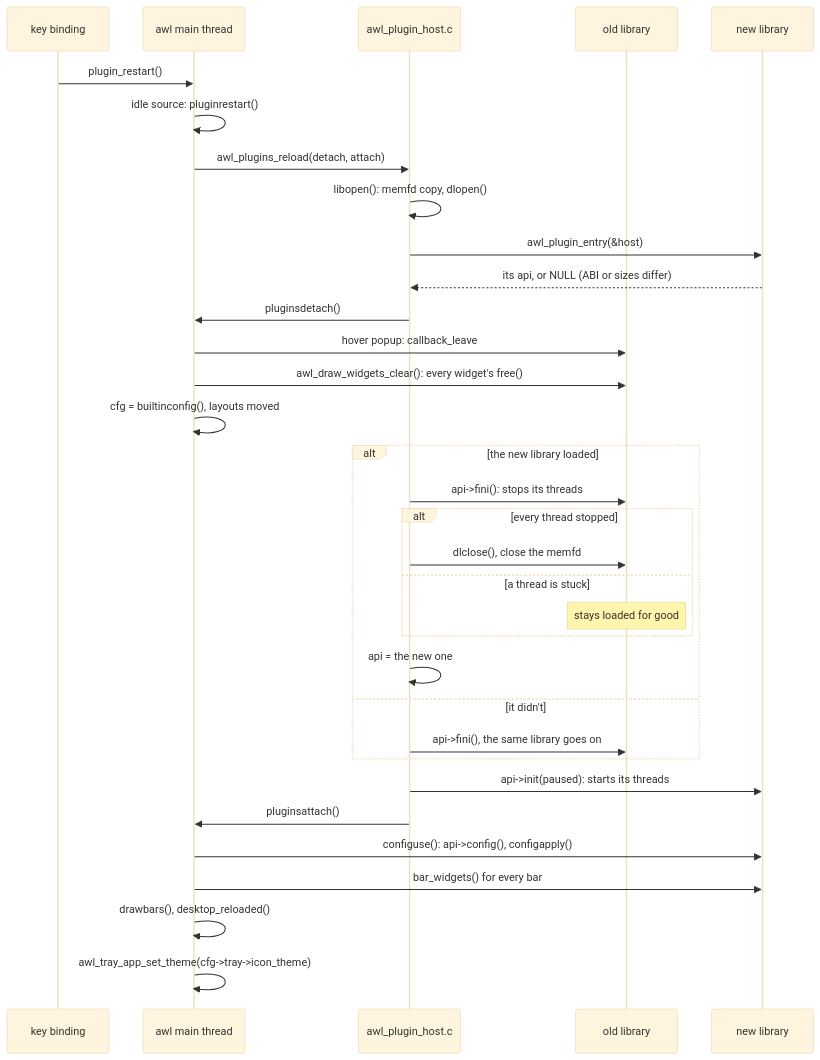
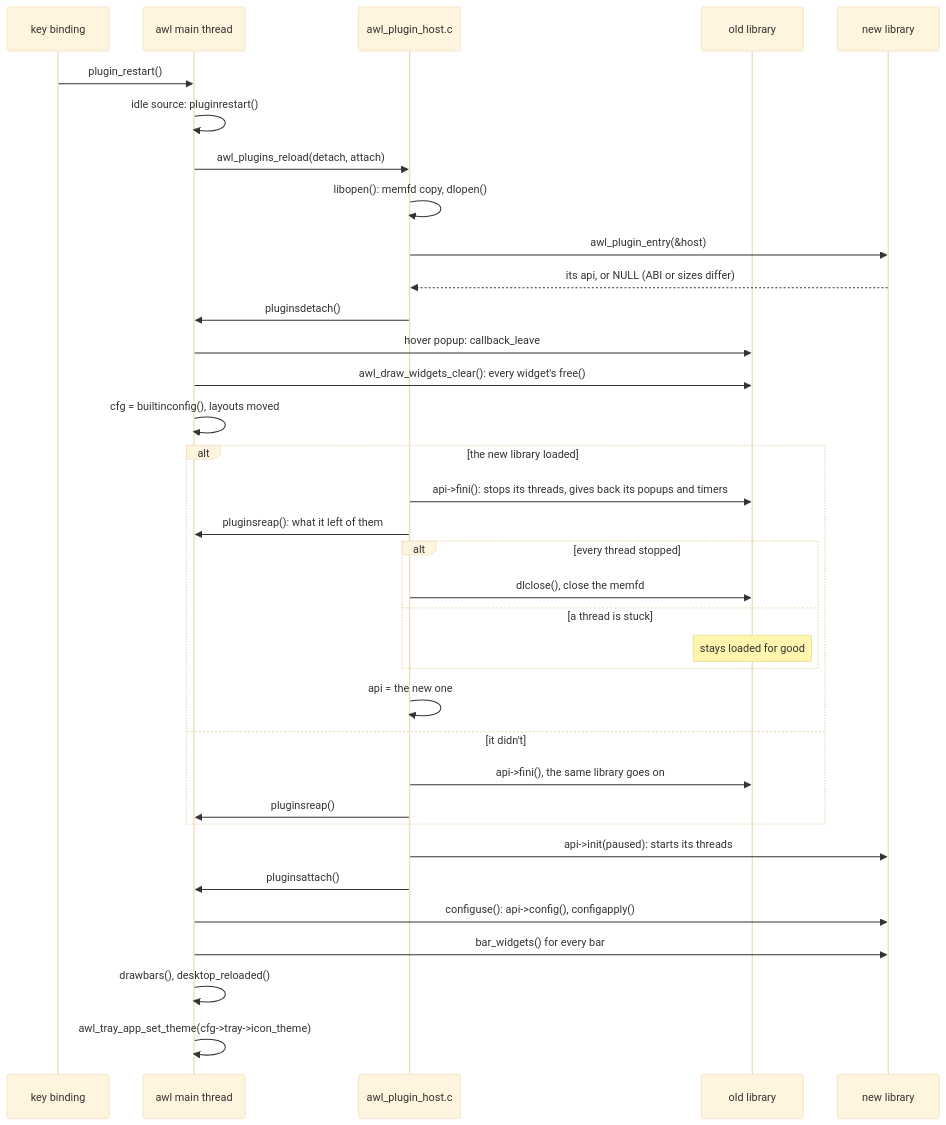
Before and after one commit to alcubierre-drive/awl: the first of 3 diagrams in doc/reload.rst, drawn with Mermaid (base theme). The commit also changed other lines of this file and 27 other files, not shown here.

```diff
--- a/doc/reload.rst
+++ b/doc/reload.rst
@@ -68,35 +71,37 @@
 .. mermaid::
 
    sequenceDiagram
      participant K as key binding
      participant D as awl main thread
      participant H as awl_plugin_host.c
      participant O as old library
      participant N as new library
      K->>D: plugin_restart()
      D->>D: idle source: pluginrestart()
      D->>H: awl_plugins_reload(detach, attach)
      H->>H: libopen(): memfd copy, dlopen()
      H->>N: awl_plugin_entry(&host)
      N-->>H: its api, or NULL (ABI or sizes differ)
      H->>D: pluginsdetach()
      D->>O: hover popup: callback_leave
      D->>O: awl_draw_widgets_clear(): every widget's free()
      D->>D: cfg = builtinconfig(), layouts moved
      alt the new library loaded
-       H->>O: api->fini(): stops its threads
+       H->>O: api->fini(): stops its threads, gives back its popups and timers
+       H->>D: pluginsreap(): what it left of them
        alt every thread stopped
          H->>O: dlclose(), close the memfd
        else a thread is stuck
          Note over O: stays loaded for good
        end
        H->>H: api = the new one
      else it didn't
        H->>O: api->fini(), the same library goes on
+       H->>D: pluginsreap()
      end
      H->>N: api->init(paused): starts its threads
      H->>D: pluginsattach()
      D->>N: configuse(): api->config(), configapply()
      D->>N: bar_widgets() for every bar
      D->>D: drawbars(), desktop_reloaded()
      D->>D: awl_tray_app_set_theme(cfg->tray->icon_theme)
```
